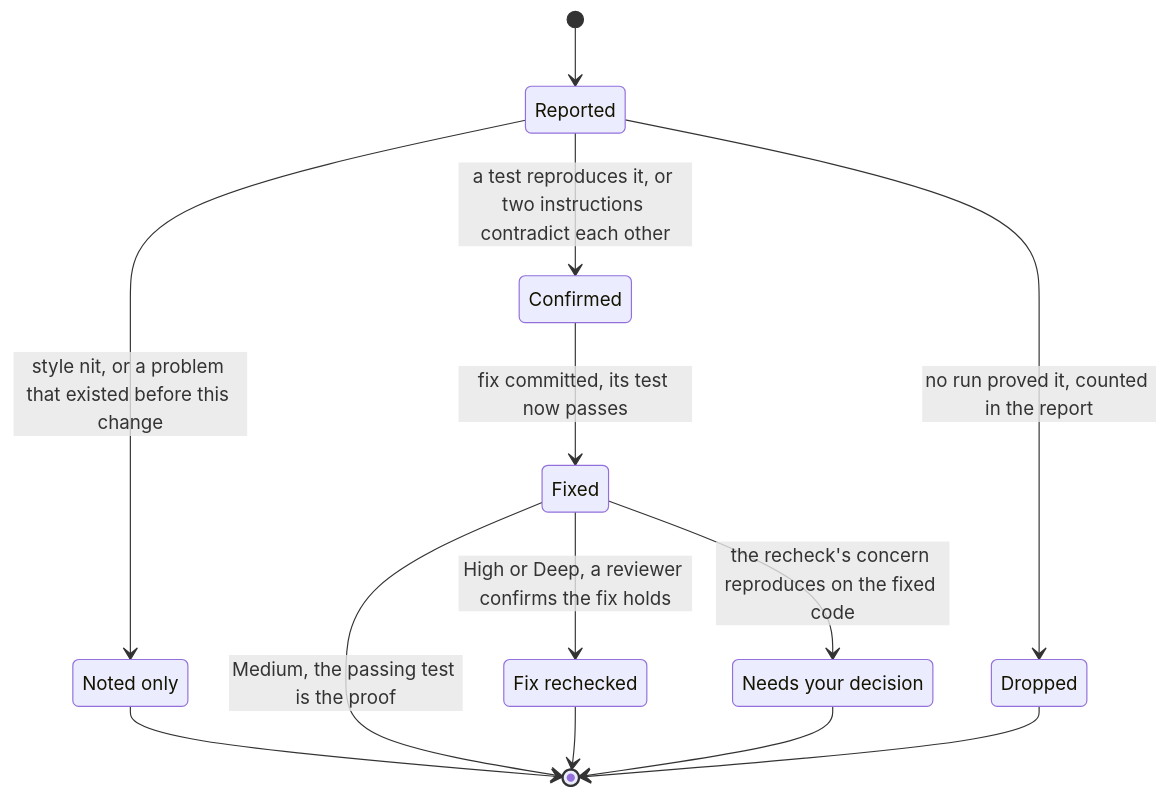
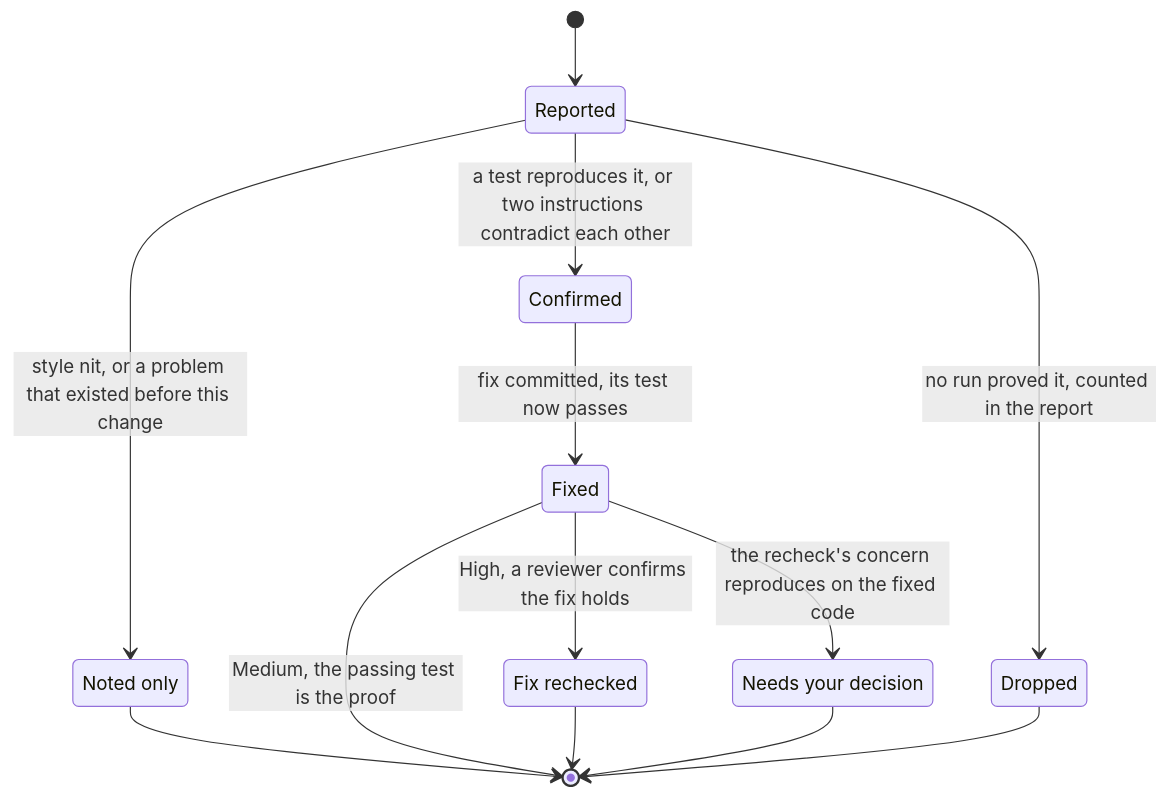
Before and after one commit to jvillegasd/harness: the second of 2 diagrams in docs/review.md, drawn with Mermaid. The commit also changed other lines of this file and 19 other files, not shown here.

First line of the commit message:
refactor(review): drop Deep and cross-reviewer; every reviewer uses the reviewer model

````diff
--- a/docs/review.md
+++ b/docs/review.md
@@ -55,23 +51,23 @@
 ```mermaid
 stateDiagram-v2
   state "Reported" as Reported
   state "Confirmed" as Confirmed
   state "Dropped" as Dropped
   state "Fixed" as Fixed
   state "Fix rechecked" as Rechecked
   state "Needs your decision" as Decision
   state "Noted only" as Advisory
 
   [*] --> Reported
   Reported --> Advisory: style nit, or a problem that existed before this change
   Reported --> Confirmed: a test reproduces it, or two instructions contradict each other
   Reported --> Dropped: no run proved it, counted in the report
   Confirmed --> Fixed: fix committed, its test now passes
   Fixed --> [*]: Medium, the passing test is the proof
-  Fixed --> Rechecked: High or Deep, a reviewer confirms the fix holds
+  Fixed --> Rechecked: High, a reviewer confirms the fix holds
   Fixed --> Decision: the recheck's concern reproduces on the fixed code
   Rechecked --> [*]
   Dropped --> [*]
   Advisory --> [*]
   Decision --> [*]
 ```
````
